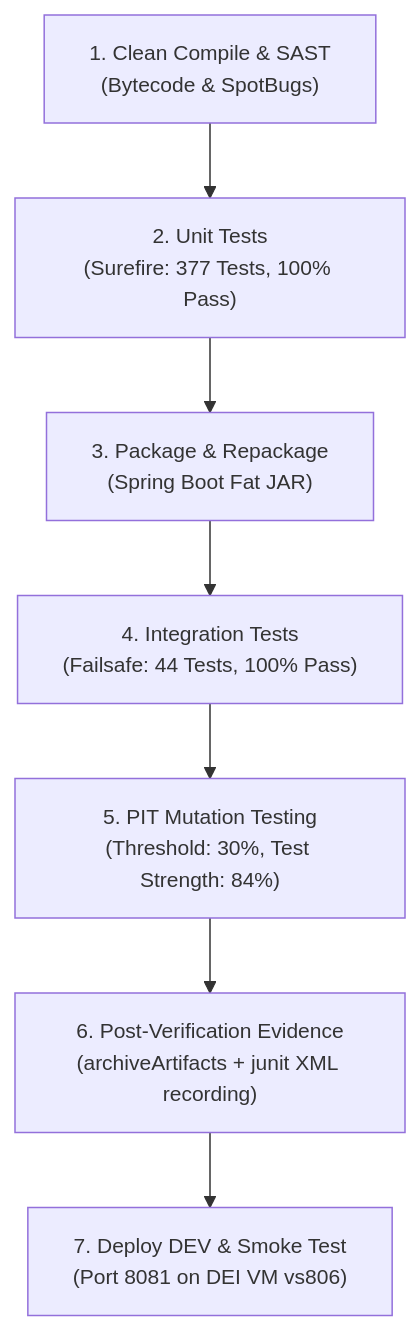
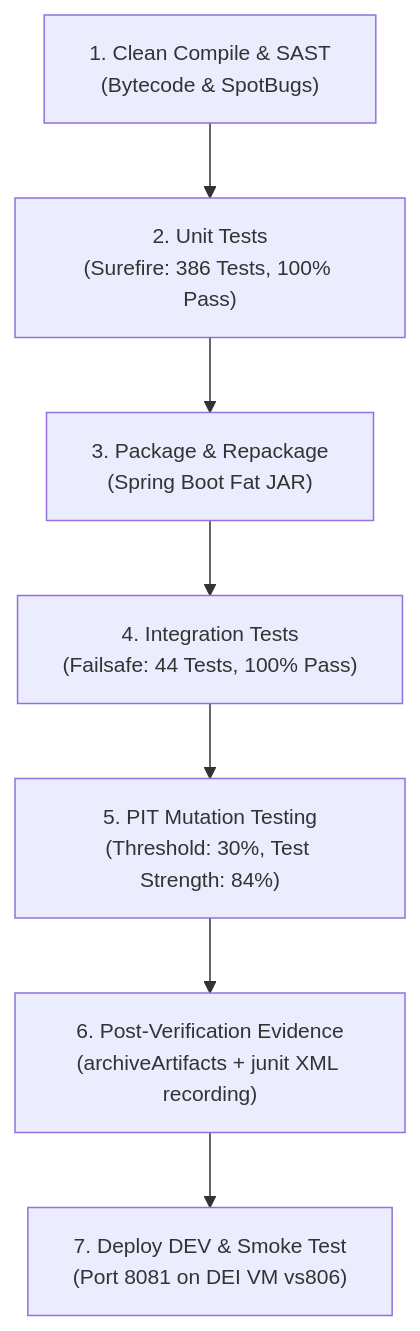
The diagram in Docs/ODSOFT/pipeline/ci-testing-coverage-and-quality-gates.md (RafaelBrandao04/psoft-project-2026-1), drawn with Mermaid before and after one commit. The commit also changed other lines of this file and 18 other files, not shown here.

````diff
--- a/Docs/ODSOFT/pipeline/ci-testing-coverage-and-quality-gates.md
+++ b/Docs/ODSOFT/pipeline/ci-testing-coverage-and-quality-gates.md
@@ -17,10 +17,10 @@
 ```mermaid
 %%{init: {'themeVariables': { 'fontSize': '14px' }, 'flowchart': { 'subGraphTitleMargin': { 'top': 15, 'bottom': 20 } } } }%%
 flowchart TD
-    COMPILE["1. Clean Compile & SAST<br/>(Bytecode & SpotBugs)"] --> UNIT["2. Unit Tests<br/>(Surefire: 377 Tests, 100% Pass)"]
+    COMPILE["1. Clean Compile & SAST<br/>(Bytecode & SpotBugs)"] --> UNIT["2. Unit Tests<br/>(Surefire: 386 Tests, 100% Pass)"]
     UNIT --> PKG["3. Package & Repackage<br/>(Spring Boot Fat JAR)"]
     PKG --> IT["4. Integration Tests<br/>(Failsafe: 44 Tests, 100% Pass)"]
     IT --> PIT["5. PIT Mutation Testing<br/>(Threshold: 30%, Test Strength: 84%)"]
     PIT --> POST["6. Post-Verification Evidence<br/>(archiveArtifacts + junit XML recording)"]
     POST --> DEV["7. Deploy DEV & Smoke Test<br/>(Port 8081 on DEI VM vs806)"]
 ```
````
